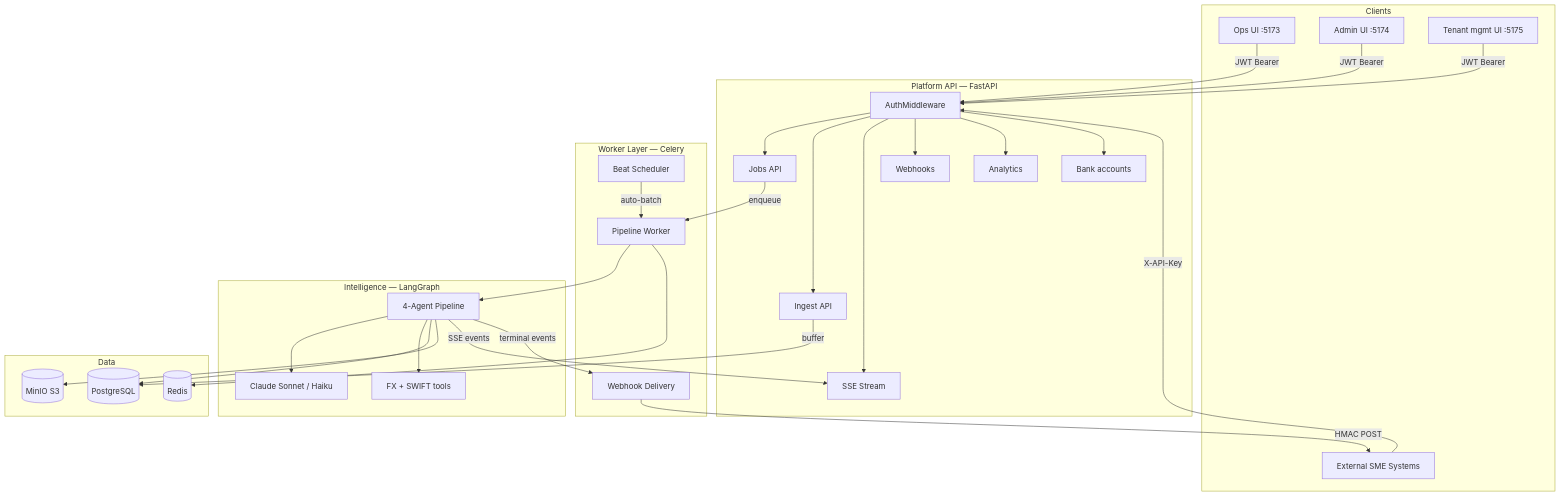
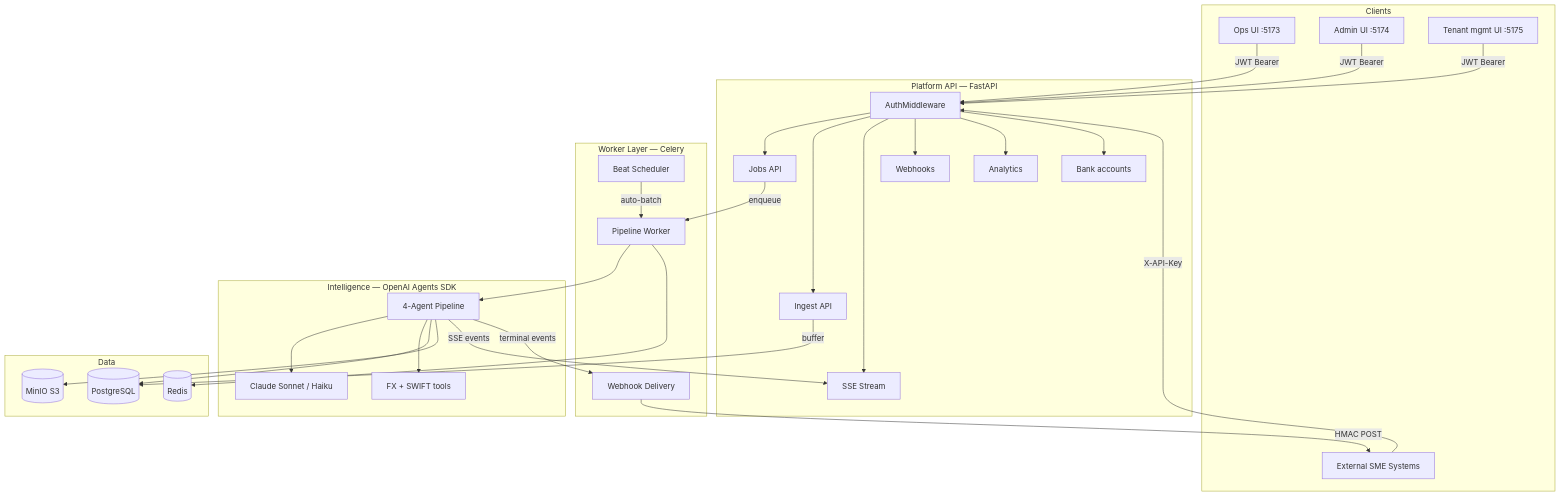
One commit to adamchok/Aria changed the first of 2 diagrams in docs/architecture.md. Above: the diagram before and after it, drawn with Mermaid. The commit also changed other lines of this file and 89 other files, not shown here.

First line of the commit message:
feat(agents): replace LangGraph + LLMClient with OpenAI Agents SDK

````diff
--- a/docs/architecture.md
+++ b/docs/architecture.md
@@ -22,45 +22,45 @@
 ```mermaid
 flowchart TB
   subgraph clients [Clients]
     OPS[Ops UI :5173]
     ADMIN[Admin UI :5174]
     MGMT[Tenant mgmt UI :5175]
     SME[External SME Systems]
   end
   subgraph platform [Platform API — FastAPI]
     AUTH[AuthMiddleware]
     JOBS[Jobs API]
     INGEST[Ingest API]
     SSE[SSE Stream]
     WH[Webhooks]
     AN[Analytics]
     BA[Bank accounts]
   end
   subgraph workers [Worker Layer — Celery]
     WORKER[Pipeline Worker]
     BEAT[Beat Scheduler]
     WH_TASK[Webhook Delivery]
   end
-  subgraph intelligence [Intelligence — LangGraph]
+  subgraph intelligence [Intelligence — OpenAI Agents SDK]
     LG[4-Agent Pipeline]
     LLM[Claude Sonnet / Haiku]
     FX[FX + SWIFT tools]
   end
   subgraph data [Data]
     PG[(PostgreSQL)]
     RD[(Redis)]
     S3[(MinIO S3)]
   end
   OPS & ADMIN & MGMT -->|JWT Bearer| AUTH
   SME -->|X-API-Key| AUTH
   AUTH --> JOBS & INGEST & SSE & WH & AN & BA
   INGEST -->|buffer| PG
   BEAT -->|auto-batch| WORKER
   JOBS -->|enqueue| WORKER
   WORKER --> LG
   LG --> LLM & FX & PG & S3
   LG -->|SSE events| SSE
   LG -->|terminal events| WH_TASK
   WH_TASK -->|HMAC POST| SME
   WORKER --> RD
 ```
````
